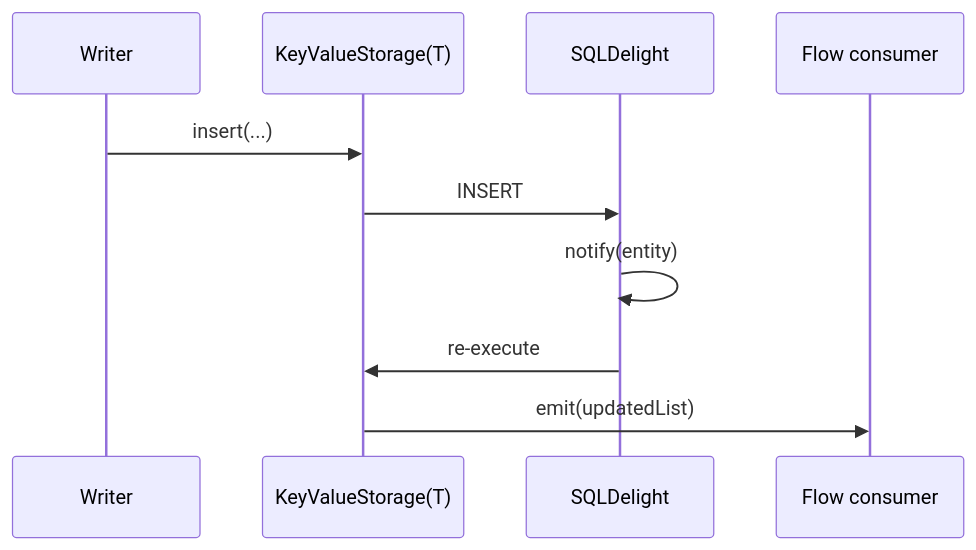
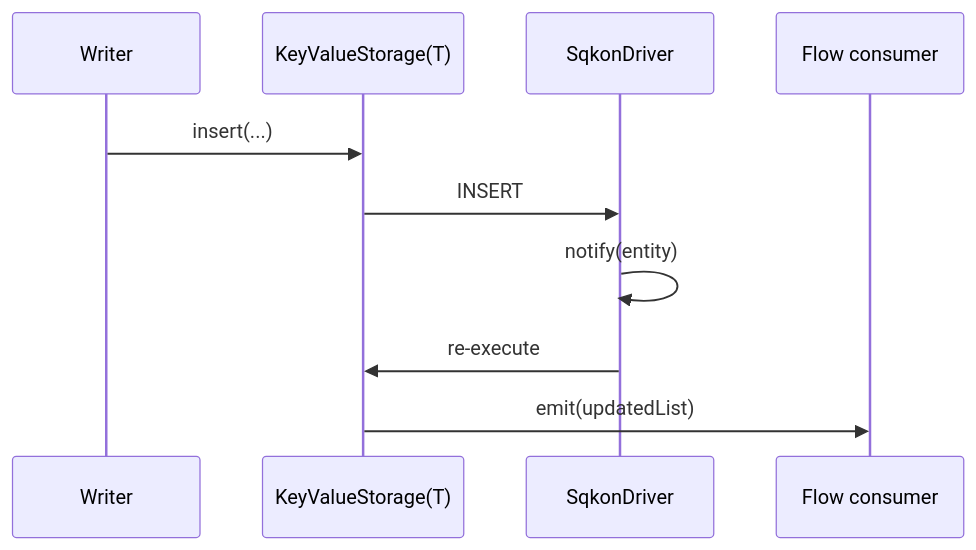
Before and after one commit to MercuryTechnologies/sqkon: the diagram in docs/guides/flow.md, drawn with Mermaid. The commit also changed other lines of this file and 18 other files, not shown here.

````diff
--- a/docs/guides/flow.md
+++ b/docs/guides/flow.md
@@ -42,12 +42,12 @@
 ```mermaid
 sequenceDiagram
     participant Writer
     participant SqkonStore as KeyValueStorage(T)
-    participant SQLDelight
+    participant Driver as SqkonDriver
     participant Reader as Flow consumer
     Writer->>SqkonStore: insert(...)
-    SqkonStore->>SQLDelight: INSERT
-    SQLDelight->>SQLDelight: notify(entity)
-    SQLDelight->>SqkonStore: re-execute
+    SqkonStore->>Driver: INSERT
+    Driver->>Driver: notify(entity)
+    Driver->>SqkonStore: re-execute
     SqkonStore->>Reader: emit(updatedList)
 ```
````
